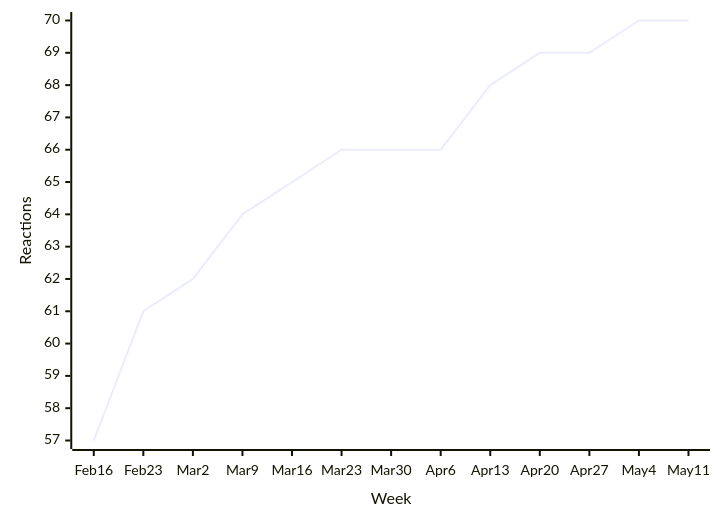
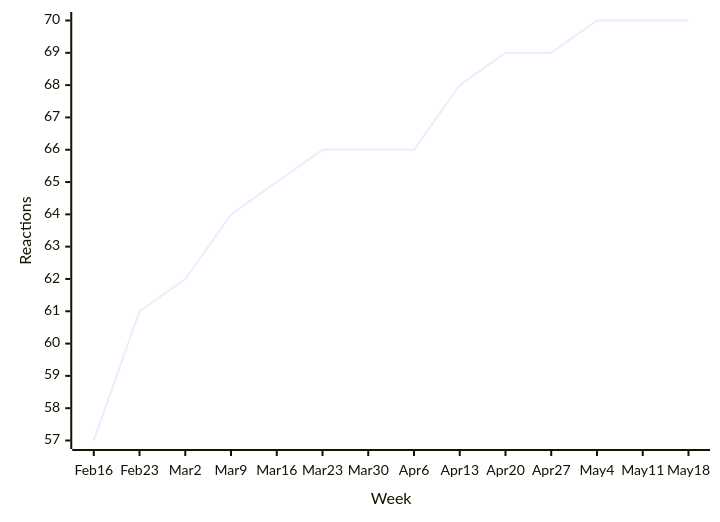
Before and after one commit to loic-sharma/github-insights: the tenth of 49 diagrams in README.md, drawn with Mermaid. The commit also changed other lines of this file and 3 other files, not shown here.

````diff
--- a/README.md
+++ b/README.md
@@ -492,6 +492,6 @@
   ```mermaid
   xychart-beta
-    x-axis "Week" [Feb 16, Feb 23, Mar 2, Mar 9, Mar 16, Mar 23, Mar 30, Apr 6, Apr 13, Apr 20, Apr 27, May 4, May 11]
+    x-axis "Week" [Feb 16, Feb 23, Mar 2, Mar 9, Mar 16, Mar 23, Mar 30, Apr 6, Apr 13, Apr 20, Apr 27, May 4, May 11, May 18]
     y-axis "Reactions"
-    line [57, 61, 62, 64, 65, 66, 66, 66, 68, 69, 69, 70, 70]
+    line [57, 61, 62, 64, 65, 66, 66, 66, 68, 69, 69, 70, 70, 70]
   ```
````
